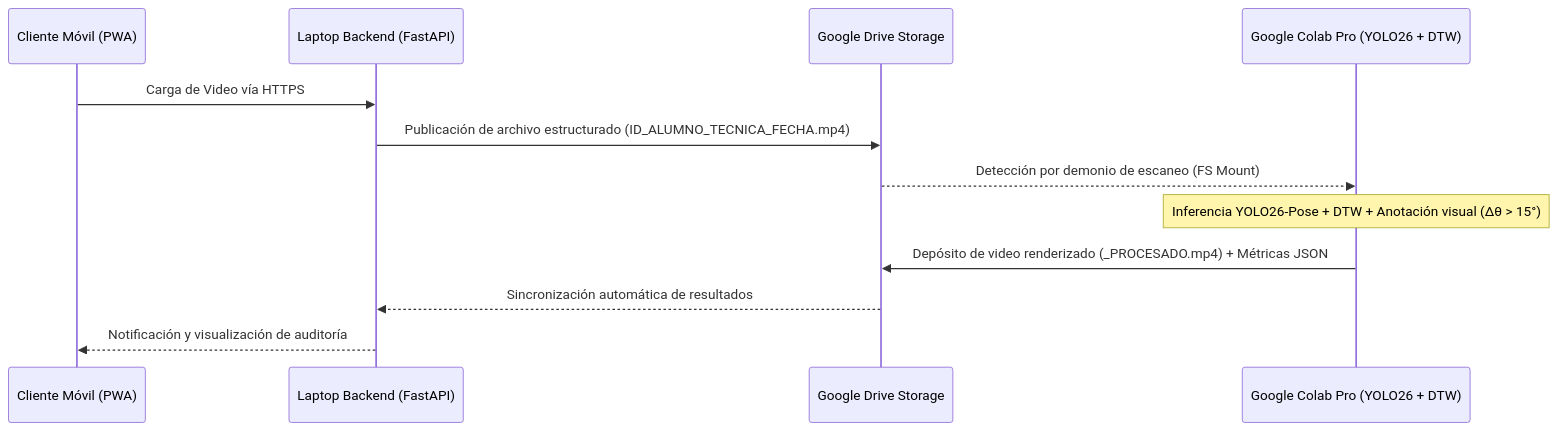
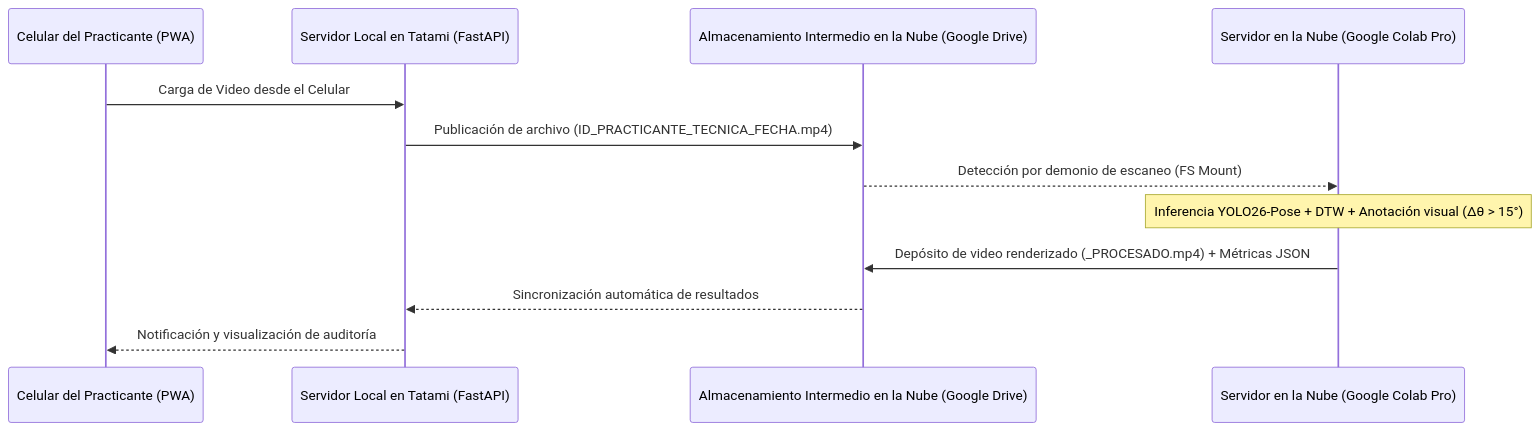
One commit to Tsmrain/JiuJitsu changed the third of 6 diagrams in README.md. Above: the diagram before and after it, drawn with Mermaid. The commit also changed other lines of this file, not shown here.

````diff
--- a/README.md
+++ b/README.md
@@ -226,15 +226,15 @@
 ```mermaid
 sequenceDiagram
-    participant App as Cliente Móvil (PWA)
-    participant Edge as Laptop Backend (FastAPI)
-    participant Drive as Google Drive Storage
-    participant Colab as Google Colab Pro (YOLO26 + DTW)
+    participant App as Celular del Practicante (PWA)
+    participant Edge as Servidor Local en Tatami (FastAPI)
+    participant Drive as Almacenamiento Intermedio en la Nube (Google Drive)
+    participant Colab as Servidor en la Nube (Google Colab Pro)
 
-    App->>Edge: Carga de Video vía HTTPS
-    Edge->>Drive: Publicación de archivo estructurado (ID_ALUMNO_TECNICA_FECHA.mp4)
+    App->>Edge: Carga de Video desde el Celular
+    Edge->>Drive: Publicación de archivo (ID_PRACTICANTE_TECNICA_FECHA.mp4)
     Drive-->>Colab: Detección por demonio de escaneo (FS Mount)
     Note over Colab: Inferencia YOLO26-Pose + DTW + Anotación visual (Δθ > 15°)
     Colab->>Drive: Depósito de video renderizado (_PROCESADO.mp4) + Métricas JSON
     Drive-->>Edge: Sincronización automática de resultados
     Edge-->>App: Notificación y visualización de auditoría
 ```
````
